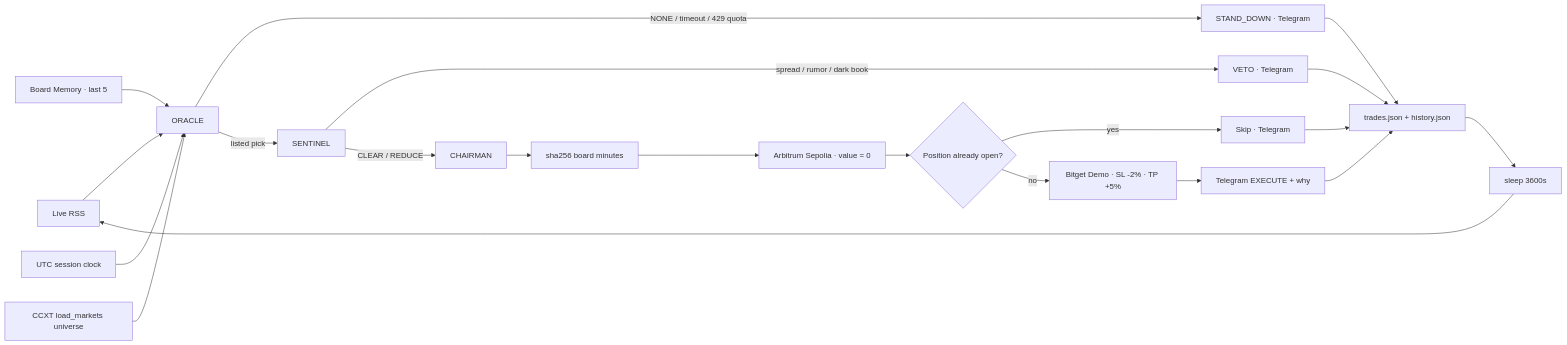
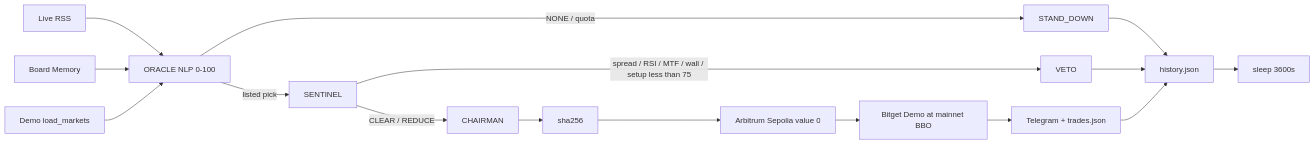
Before and after one commit to jubayir-hub-69/Chronos-Nexus: the diagram in README.md, drawn with Mermaid. The commit also changed other lines of this file and 22 other files, not shown here.

````diff
--- a/README.md
+++ b/README.md
@@ -187,23 +226,18 @@
 ```mermaid
 flowchart LR
-    R[Live RSS] --> O[ORACLE]
-    M[Board Memory · last 5] --> O
-    Ck[UTC session clock] --> O
-    U[CCXT load_markets universe] --> O
-    O -->|NONE / timeout / 429 quota| SD[STAND_DOWN · Telegram]
+    R[Live RSS] --> O[ORACLE NLP 0-100]
+    M[Board Memory] --> O
+    U[Demo load_markets] --> O
+    O -->|NONE / quota| SD[STAND_DOWN]
     O -->|listed pick| S[SENTINEL]
-    S -->|spread / rumor / dark book| V[VETO · Telegram]
+    S -->|spread / RSI / MTF / wall / setup less than 75| V[VETO]
     S -->|CLEAR / REDUCE| C[CHAIRMAN]
-    C --> H[sha256 board minutes]
-    H --> A[Arbitrum Sepolia · value = 0]
-    A --> P{Position already open?}
-    P -->|yes| K[Skip · Telegram]
-    P -->|no| B[Bitget Demo · SL -2% · TP +5%]
-    B --> T[Telegram EXECUTE + why]
-    SD --> L[trades.json + history.json]
+    C --> H[sha256]
+    H --> A[Arbitrum Sepolia value 0]
+    A --> B[Bitget Demo at mainnet BBO]
+    B --> T[Telegram + trades.json]
+    SD --> L[history.json]
     V --> L
-    K --> L
     T --> L
     L --> Z[sleep 3600s]
-    Z --> R
 ```
````
